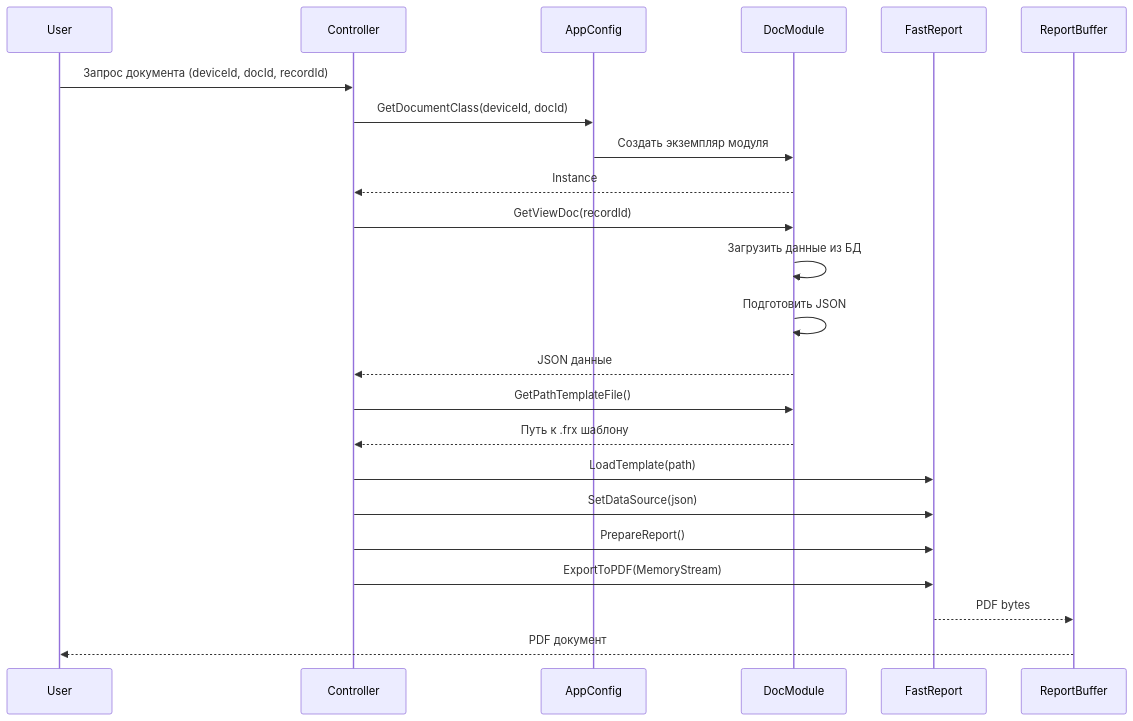
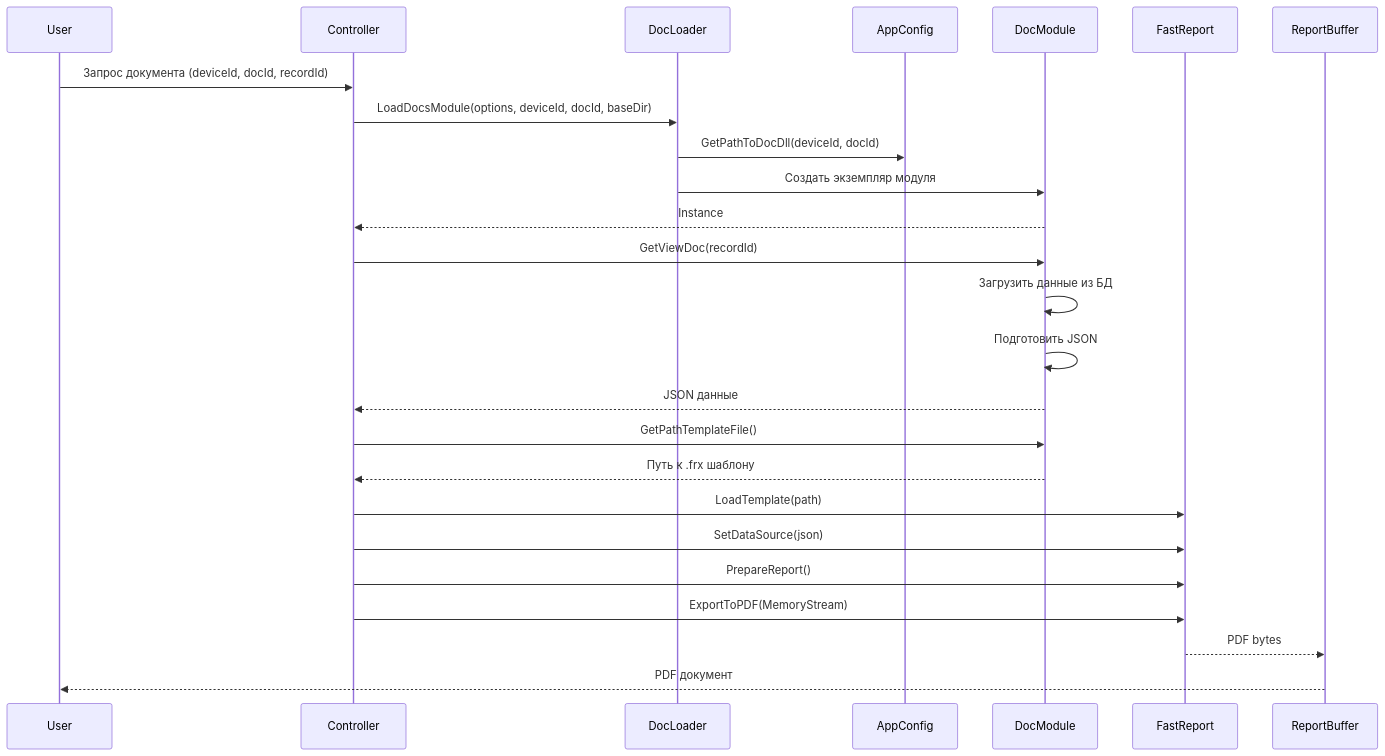
One commit to tn-ivk/tn-doc changed the fourth of 10 diagrams in docs/architecture/overview.md. Above: the diagram before and after it, drawn with Mermaid. The commit also changed other lines of this file and 9 other files, not shown here.

````diff
--- a/docs/architecture/overview.md
+++ b/docs/architecture/overview.md
@@ -157,30 +162,32 @@
 ```mermaid
 sequenceDiagram
     participant User
     participant Controller
+    participant DocLoader
     participant AppConfig
     participant DocModule
     participant FastReport
     participant ReportBuffer
 
     User->>Controller: Запрос документа (deviceId, docId, recordId)
-    Controller->>AppConfig: GetDocumentClass(deviceId, docId)
-    AppConfig->>DocModule: Создать экземпляр модуля
+    Controller->>DocLoader: LoadDocsModule(options, deviceId, docId, baseDir)
+    DocLoader->>AppConfig: GetPathToDocDll(deviceId, docId)
+    DocLoader->>DocModule: Создать экземпляр модуля
     DocModule-->>Controller: Instance
 
     Controller->>DocModule: GetViewDoc(recordId)
     DocModule->>DocModule: Загрузить данные из БД
     DocModule->>DocModule: Подготовить JSON
     DocModule-->>Controller: JSON данные
 
     Controller->>DocModule: GetPathTemplateFile()
     DocModule-->>Controller: Путь к .frx шаблону
 
     Controller->>FastReport: LoadTemplate(path)
     Controller->>FastReport: SetDataSource(json)
     Controller->>FastReport: PrepareReport()
     Controller->>FastReport: ExportToPDF(MemoryStream)
 
     FastReport-->>ReportBuffer: PDF bytes
     ReportBuffer-->>User: PDF документ
 ```
````
